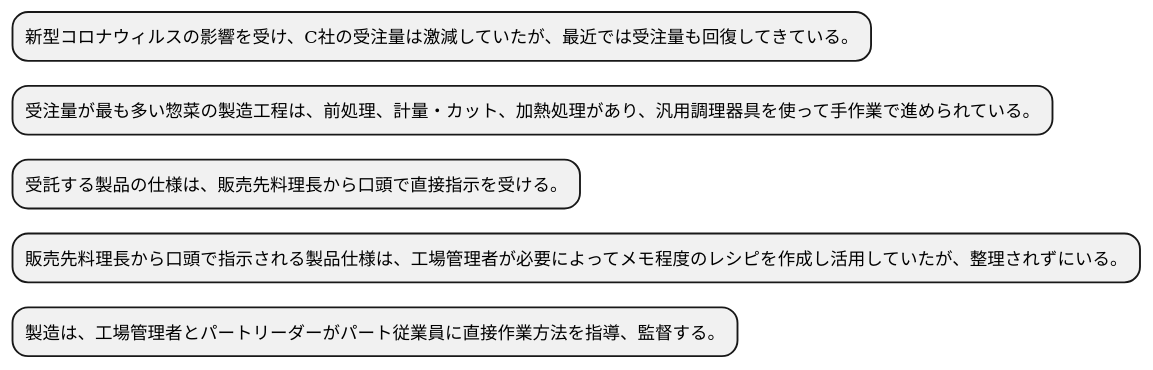
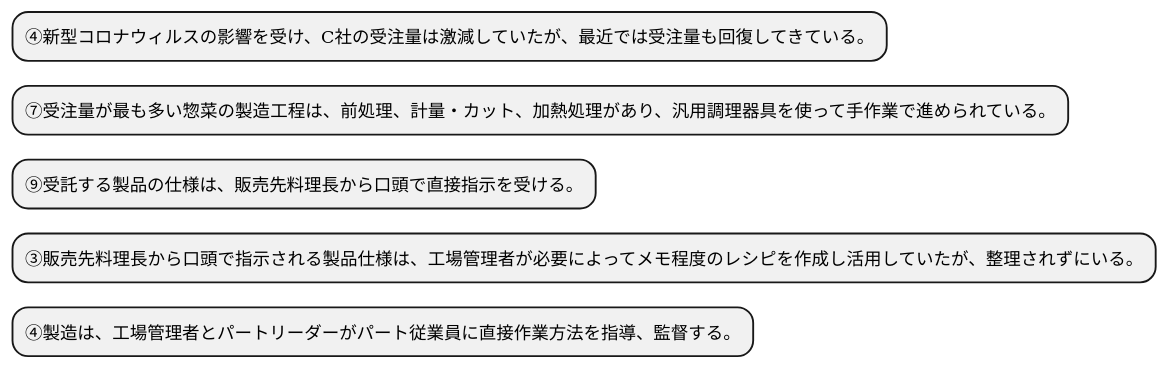
The second of 13 diagrams in docs/case/study/R05/r05_case_3_study_2.adoc (k2works/case-study-business-analysis), drawn with PlantUML before and after one commit. The commit also changed other lines of this file, not shown here.

```diff
--- a/docs/case/study/R05/r05_case_3_study_2.adoc
+++ b/docs/case/study/R05/r05_case_3_study_2.adoc
@@ -93,12 +93,12 @@
 [plantuml]
 ----
 @startmindmap
 
-* 新型コロナウィルスの影響を受け、C社の受注量は激減していたが、最近では受注量も回復してきている。
-* 受注量が最も多い惣菜の製造工程は、前処理、計量・カット、加熱処理があり、汎用調理器具を使って手作業で進められている。
-* 受託する製品の仕様は、販売先料理長から口頭で直接指示を受ける。
-* 販売先料理長から口頭で指示される製品仕様は、工場管理者が必要によってメモ程度のレシピを作成し活用していたが、整理されずにいる。
-* 製造は、工場管理者とパートリーダーがパート従業員に直接作業方法を指導、監督する。
+* ④新型コロナウィルスの影響を受け、C社の受注量は激減していたが、最近では受注量も回復してきている。
+* ⑦受注量が最も多い惣菜の製造工程は、前処理、計量・カット、加熱処理があり、汎用調理器具を使って手作業で進められている。
+* ⑨受託する製品の仕様は、販売先料理長から口頭で直接指示を受ける。
+* ③販売先料理長から口頭で指示される製品仕様は、工場管理者が必要によってメモ程度のレシピを作成し活用していたが、整理されずにいる。
+* ④製造は、工場管理者とパートリーダーがパート従業員に直接作業方法を指導、監督する。
 
 @endmindmap
 ----
```
